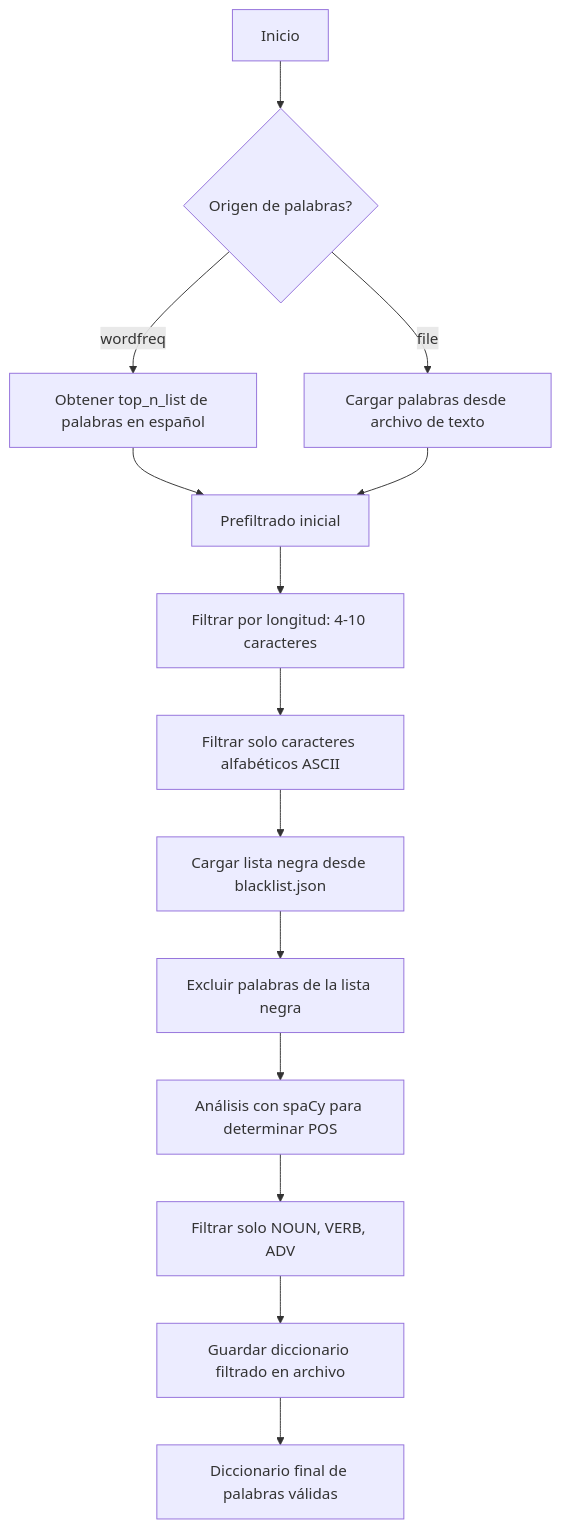
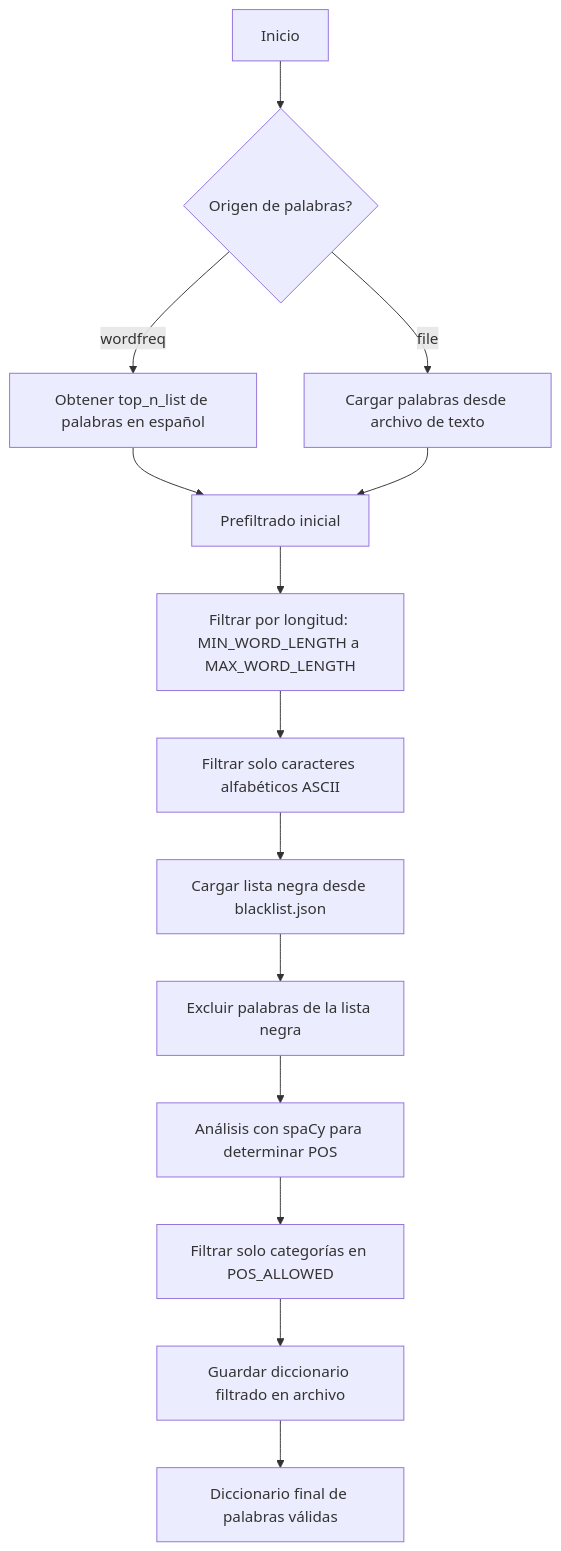
One commit to AlvaroRguez/GenerarSopaLetras changed the first of 4 diagrams in README.md. Above: the diagram before and after it, drawn with Mermaid. The commit also changed other lines of this file and 9 other files, not shown here.

````diff
--- a/README.md
+++ b/README.md
@@ -123,16 +129,16 @@
 ```mermaid
 flowchart TD
     A[Inicio] --> B{Origen de palabras?}
     B -->|wordfreq| C[Obtener top_n_list de palabras en español]
     B -->|file| D[Cargar palabras desde archivo de texto]
     C --> E[Prefiltrado inicial]
     D --> E
-    E --> F[Filtrar por longitud: 4-10 caracteres]
+    E --> F[Filtrar por longitud: MIN_WORD_LENGTH a MAX_WORD_LENGTH]
     F --> G[Filtrar solo caracteres alfabéticos ASCII]
     G --> H[Cargar lista negra desde blacklist.json]
     H --> I[Excluir palabras de la lista negra]
     I --> J[Análisis con spaCy para determinar POS]
-    J --> K[Filtrar solo NOUN, VERB, ADV]
+    J --> K[Filtrar solo categorías en POS_ALLOWED]
     K --> L[Guardar diccionario filtrado en archivo]
     L --> M[Diccionario final de palabras válidas]
 ```
````
